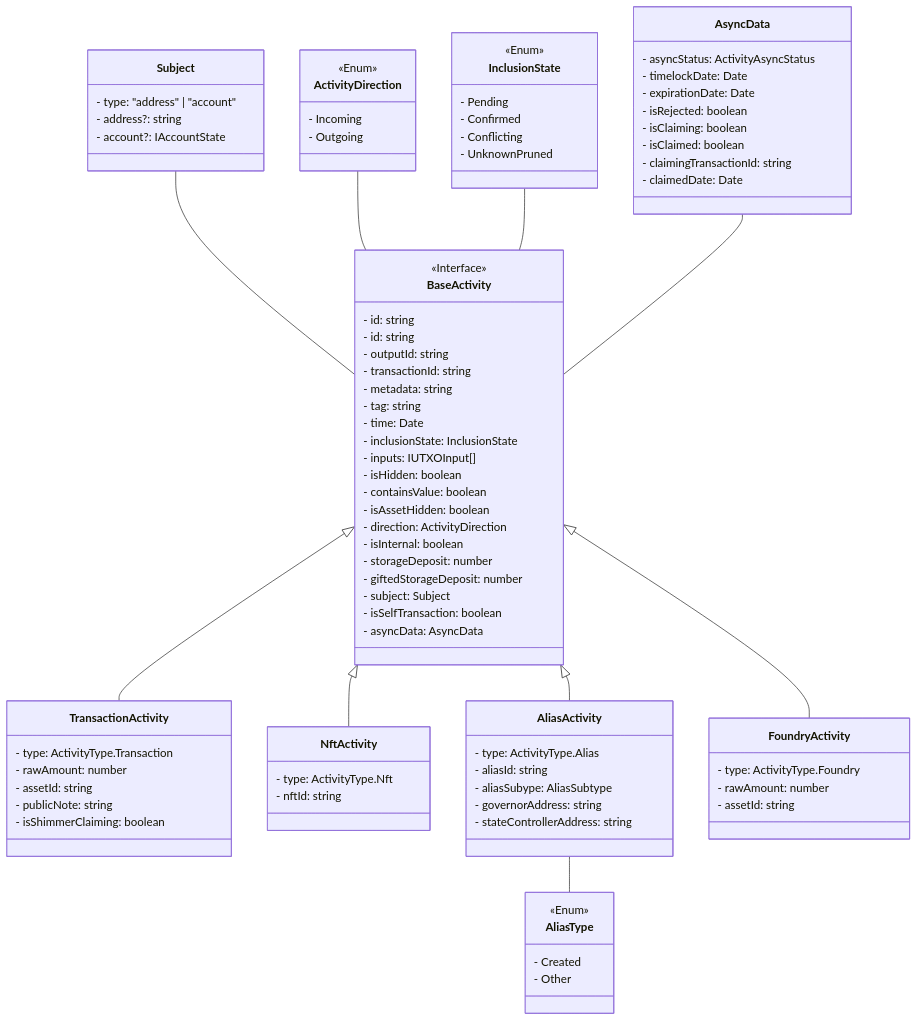
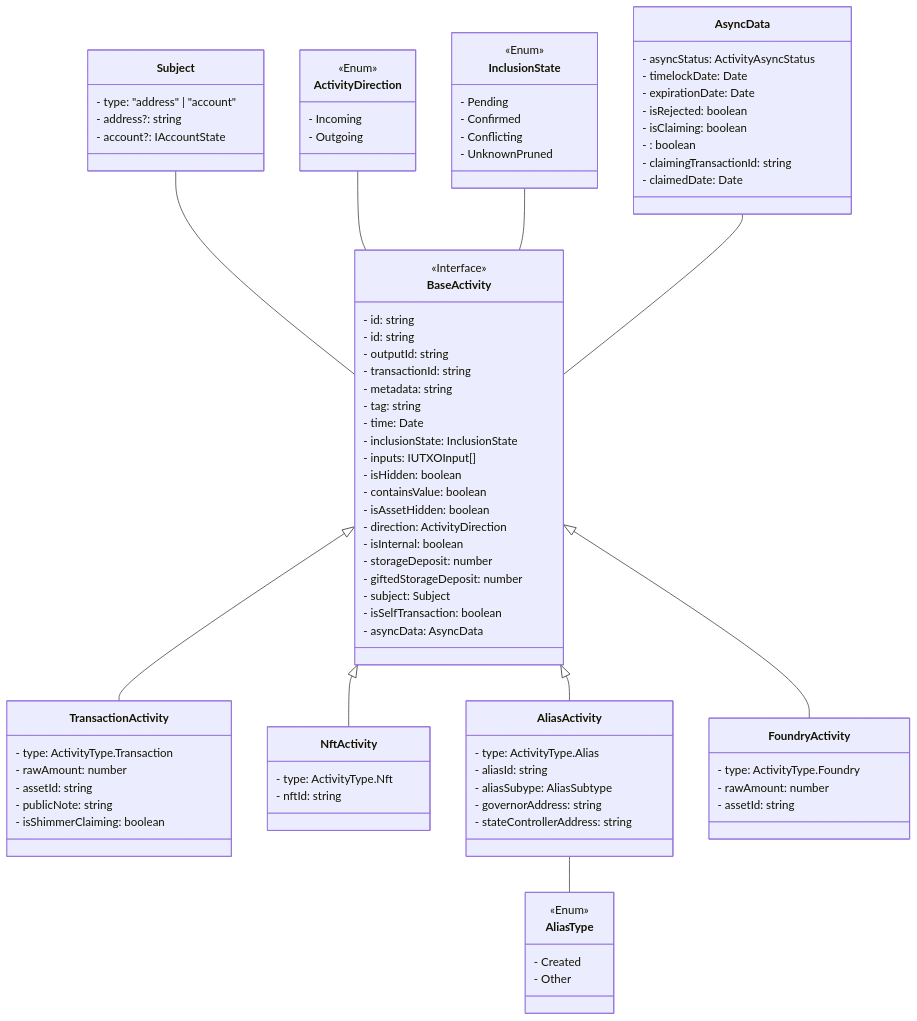
One commit to iotaledger/firefly changed the diagram in docs/specifications/activities/class-diagram.md. Above: the diagram before and after it, drawn with Mermaid. The commit also changed 12 other files, not shown here.

```diff
--- a/docs/specifications/activities/class-diagram.md
+++ b/docs/specifications/activities/class-diagram.md
@@ -83,7 +83,7 @@
         - expirationDate: Date
         - isRejected: boolean
         - isClaiming: boolean
-        - isClaimed: boolean
+        - : boolean
         - claimingTransactionId: string
         - claimedDate: Date
     }
```
